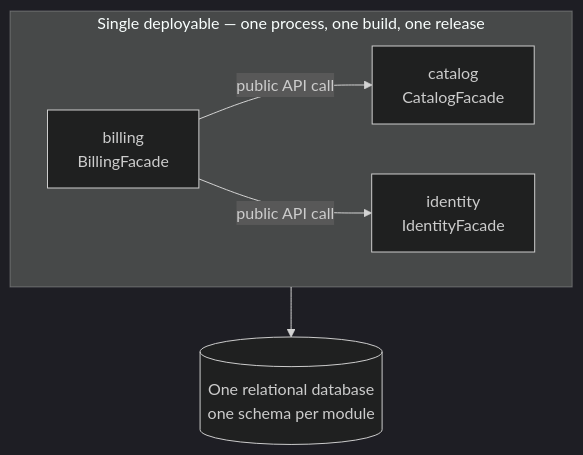
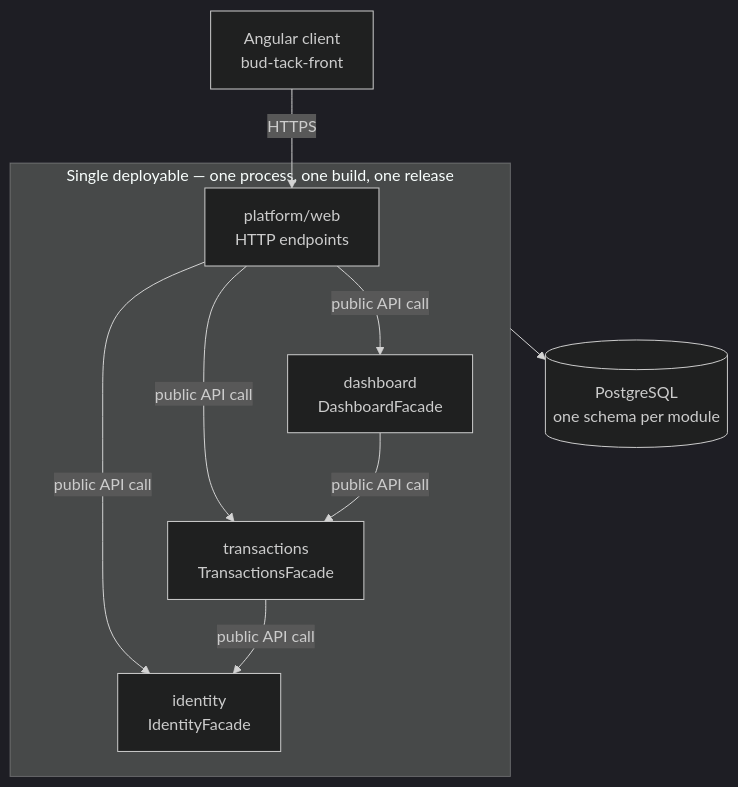
One commit to Naudi13/budget-tracker changed the diagram in docs/05-architecture/modular-monolith.md. Above: the diagram before and after it, drawn with Mermaid (dark theme). The commit also changed other lines of this file and 7 other files, not shown here.

First line of the commit message:
docs(architecture): define the modular monolith and its .NET boundary

````diff
--- a/docs/05-architecture/modular-monolith.md
+++ b/docs/05-architecture/modular-monolith.md
@@ -22,11 +14,16 @@
 ```mermaid
 flowchart TB
+    Front["Angular client<br/>bud-tack-front"] -->|HTTPS| Web
     subgraph App["Single deployable — one process, one build, one release"]
-        Catalog["catalog<br/>CatalogFacade"]
-        Billing["billing<br/>BillingFacade"]
+        Web["platform/web<br/>HTTP endpoints"]
         Identity["identity<br/>IdentityFacade"]
-        Billing -->|public API call| Catalog
-        Billing -->|public API call| Identity
+        Transactions["transactions<br/>TransactionsFacade"]
+        Dashboard["dashboard<br/>DashboardFacade"]
+        Web -->|public API call| Identity
+        Web -->|public API call| Transactions
+        Web -->|public API call| Dashboard
+        Transactions -->|public API call| Identity
+        Dashboard -->|public API call| Transactions
     end
-    App --> DB[("One relational database<br/>one schema per module")]
+    App --> DB[("PostgreSQL<br/>one schema per module")]
 ```
````
